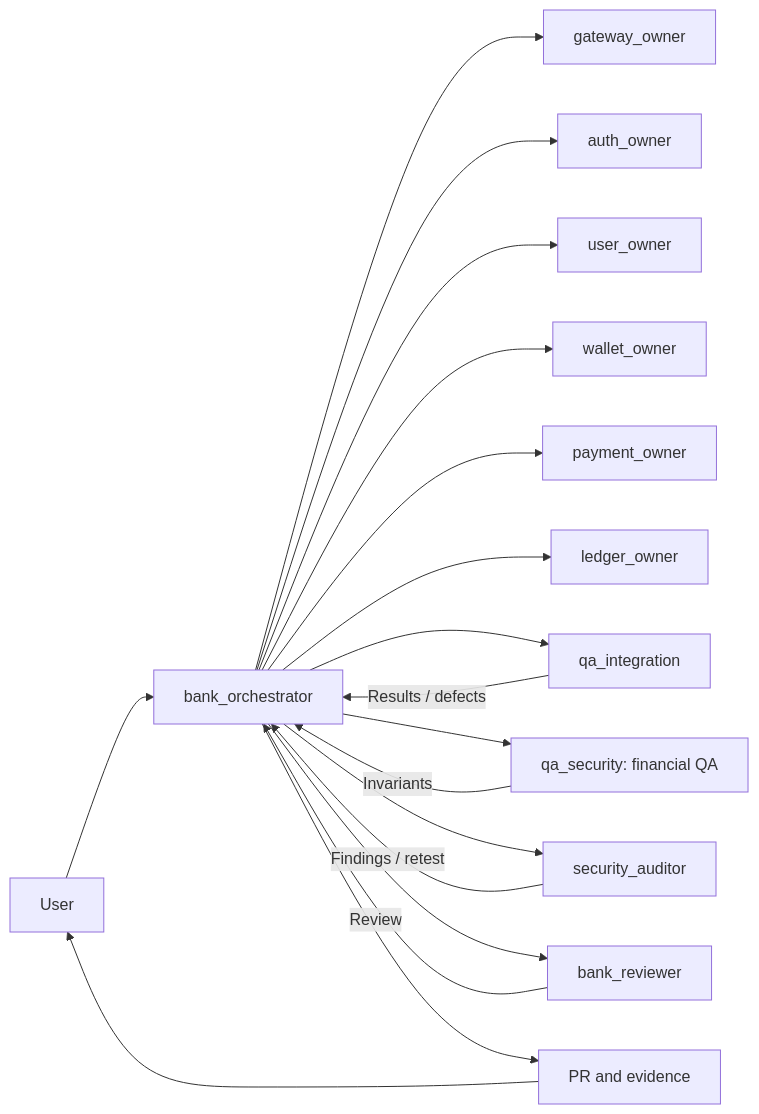
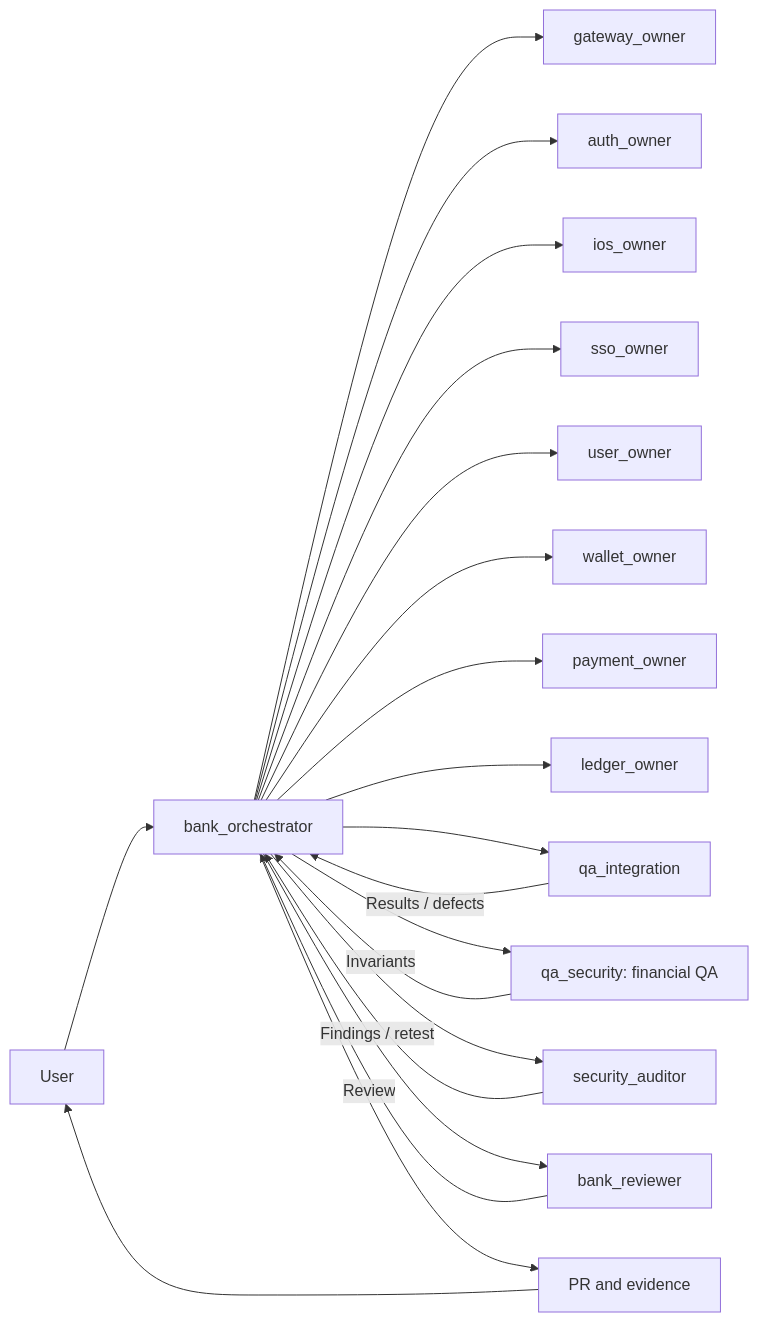
One commit to aarbabaev/ArMoney changed diagram 11 of 14 in ARCHITECTURE.md. Above: the diagram before and after it, drawn with Mermaid. The commit also changed other lines of this file, not shown here.

Commit message:
Include iOS and SSO owners in the maintained agent map

````diff
--- a/ARCHITECTURE.md
+++ b/ARCHITECTURE.md
@@ -369,20 +369,22 @@
 ```mermaid
 flowchart LR
     H["User"] --> O["bank_orchestrator"]
     O --> G["gateway_owner"]
     O --> A["auth_owner"]
+    O --> IOS["ios_owner"]
+    O --> SSO["sso_owner"]
     O --> U["user_owner"]
     O --> W["wallet_owner"]
     O --> P["payment_owner"]
     O --> L["ledger_owner"]
     O --> QI["qa_integration"]
     O --> QF["qa_security: financial QA"]
     O --> S["security_auditor"]
     O --> R["bank_reviewer"]
     QI -->|"Results / defects"| O
     QF -->|"Invariants"| O
     S -->|"Findings / retest"| O
     R -->|"Review"| O
     O --> PR["PR and evidence"]
     PR --> H
 ```
````
